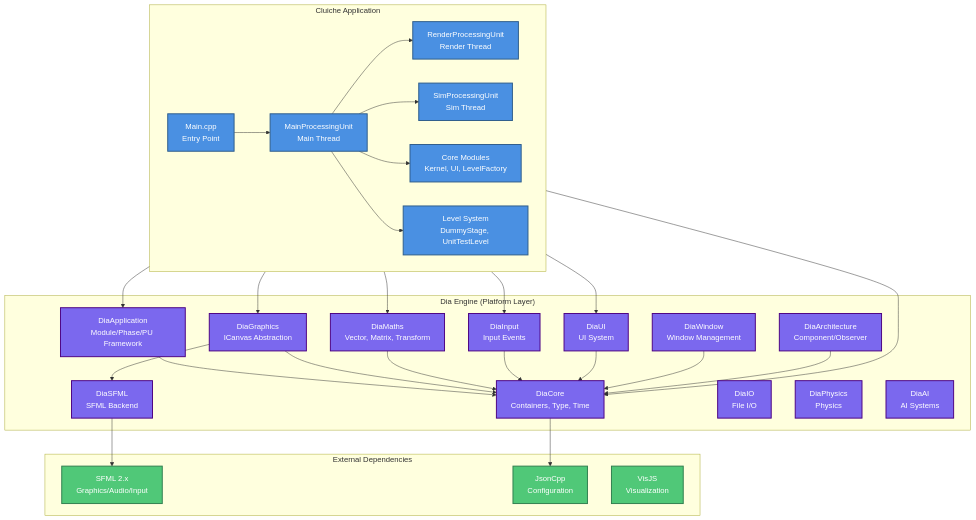
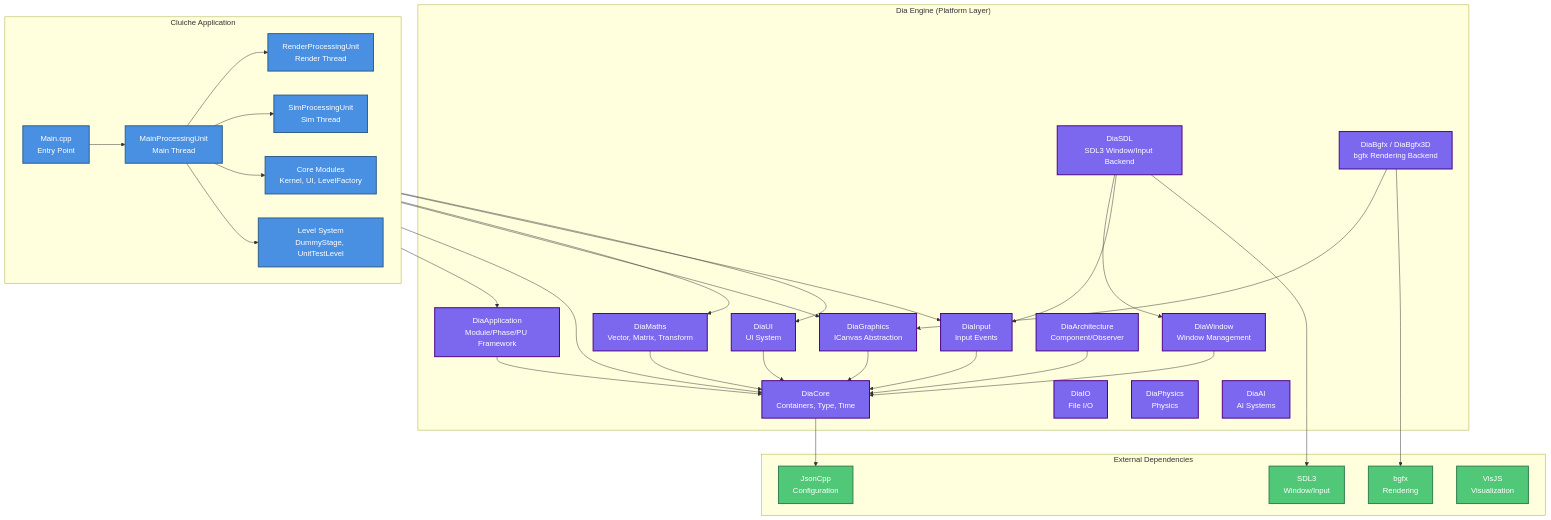
The diagram in docs/reference/architecture/diagrams/system-overview.mmd (LenihanConor/Cluiche), drawn with Mermaid before and after one commit. The commit also changed 110 other files, not shown here.

```diff
--- a/docs/reference/architecture/diagrams/system-overview.mmd
+++ b/docs/reference/architecture/diagrams/system-overview.mmd
@@ -1,67 +1,72 @@
 graph TB
     subgraph External["External Dependencies"]
-        SFML["SFML 2.x<br/>Graphics/Audio/Input"]
+        SDL3["SDL3<br/>Window/Input"]
+        bgfxLib["bgfx<br/>Rendering"]
         JsonCpp["JsonCpp<br/>Configuration"]
         VisJS["VisJS<br/>Visualization"]
     end
 
     subgraph Dia["Dia Engine (Platform Layer)"]
         DiaApp["DiaApplication<br/>Module/Phase/PU Framework"]
         DiaCore["DiaCore<br/>Containers, Type, Time"]
         DiaGraphics["DiaGraphics<br/>ICanvas Abstraction"]
         DiaMaths["DiaMaths<br/>Vector, Matrix, Transform"]
         DiaInput["DiaInput<br/>Input Events"]
         DiaUI["DiaUI<br/>UI System"]
         DiaWindow["DiaWindow<br/>Window Management"]
-        DiaSFML["DiaSFML<br/>SFML Backend"]
+        DiaSDL["DiaSDL<br/>SDL3 Window/Input Backend"]
+        DiaBgfx["DiaBgfx / DiaBgfx3D<br/>bgfx Rendering Backend"]
         DiaIO["DiaIO<br/>File I/O"]
         DiaPhysics["DiaPhysics<br/>Physics"]
         DiaAI["DiaAI<br/>AI Systems"]
         DiaArch["DiaArchitecture<br/>Component/Observer"]
     end
 
     subgraph Cluiche["Cluiche Application"]
         Main["Main.cpp<br/>Entry Point"]
         MainPU["MainProcessingUnit<br/>Main Thread"]
         RenderPU["RenderProcessingUnit<br/>Render Thread"]
         SimPU["SimProcessingUnit<br/>Sim Thread"]
         Levels["Level System<br/>DummyStage, UnitTestLevel"]
         Modules["Core Modules<br/>Kernel, UI, LevelFactory"]
     end
 
     %% Application layer connections
     Main --> MainPU
     MainPU --> RenderPU
     MainPU --> SimPU
     MainPU --> Modules
     MainPU --> Levels
 
     %% Cluiche depends on Dia
     Cluiche --> DiaApp
     Cluiche --> DiaCore
     Cluiche --> DiaGraphics
     Cluiche --> DiaMaths
     Cluiche --> DiaInput
     Cluiche --> DiaUI
 
     %% Dia internal dependencies
     DiaApp --> DiaCore
-    DiaGraphics --> DiaSFML
+    DiaBgfx --> DiaGraphics
+    DiaSDL --> DiaWindow
+    DiaSDL --> DiaInput
     DiaGraphics --> DiaCore
     DiaMaths --> DiaCore
     DiaInput --> DiaCore
     DiaUI --> DiaCore
     DiaWindow --> DiaCore
     DiaArch --> DiaCore
     %% Dia depends on External
-    DiaSFML --> SFML
+    DiaSDL --> SDL3
+    DiaBgfx --> bgfxLib
     DiaCore --> JsonCpp
 
     %% Styling
     classDef appLayer fill:#4A90E2,stroke:#2E5C8A,stroke-width:2px,color:#fff
     classDef engineLayer fill:#7B68EE,stroke:#4B0082,stroke-width:2px,color:#fff
     classDef externalLayer fill:#50C878,stroke:#2F7D4E,stroke-width:2px,color:#fff
 
     class Main,MainPU,RenderPU,SimPU,Levels,Modules appLayer
-    class DiaApp,DiaCore,DiaGraphics,DiaMaths,DiaInput,DiaUI,DiaWindow,DiaSFML,DiaIO,DiaPhysics,DiaAI,DiaArch engineLayer
-    class SFML,JsonCpp,VisJS externalLayer
+    class DiaApp,DiaCore,DiaGraphics,DiaMaths,DiaInput,DiaUI,DiaWindow,DiaSDL,DiaBgfx,DiaIO,DiaPhysics,DiaAI,DiaArch engineLayer
+    class SDL3,bgfxLib,JsonCpp,VisJS externalLayer
```
